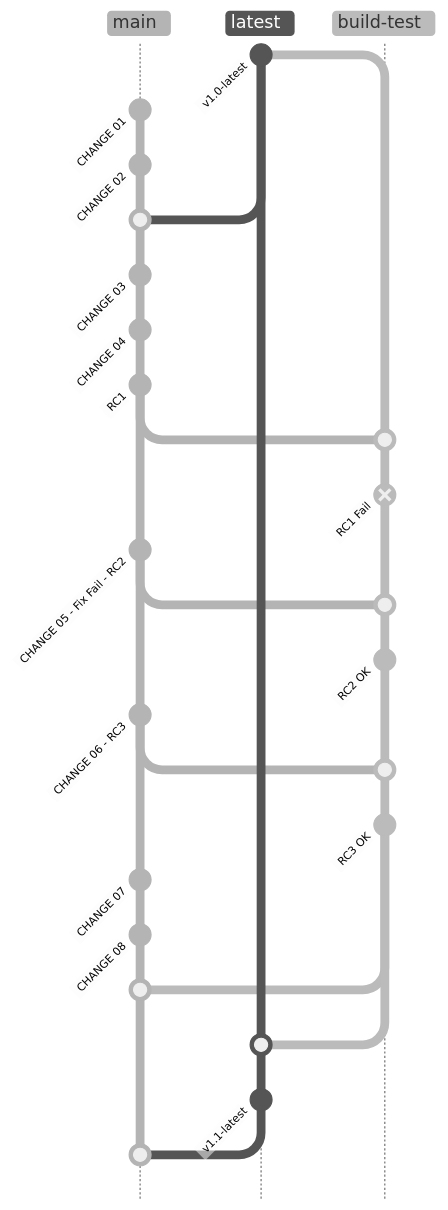
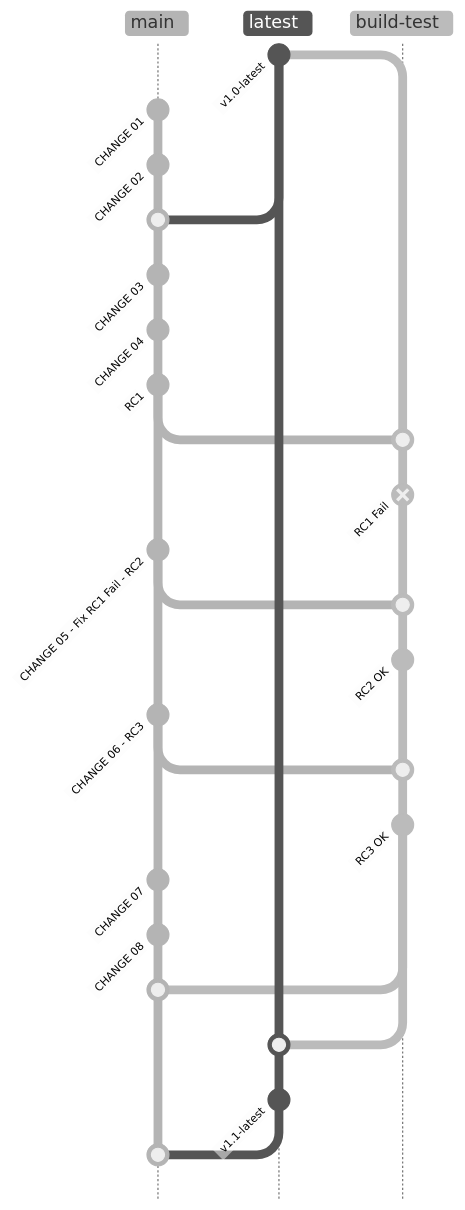
One commit to luizgsbraz/kroki-client-docker changed the diagram in README.md. Above: the diagram before and after it, drawn with Mermaid (neutral theme).

````diff
--- a/README.md
+++ b/README.md
@@ -13,37 +13,37 @@
 ```mermaid
 gitGraph TB:
     branch latest
     checkout latest
     commit id: "v1.0-latest"
     branch build-test
     checkout build-test
     checkout main
     commit id: "CHANGE 01"
     commit id: "CHANGE 02"  
     merge latest
     commit id: "CHANGE 03"
     commit id: "CHANGE 04"        
     commit id: "RC1"
     checkout build-test
     merge main
     commit type:REVERSE id: "RC1 Fail"
     checkout main
-    commit id: "CHANGE 05 - Fix Fail - RC2"
+    commit id: "CHANGE 05 - Fix RC1 Fail - RC2"
     checkout build-test
     merge main
     commit id: "RC2 OK"
     checkout main
     commit id: "CHANGE 06 - RC3"        
     checkout build-test
     merge main
     commit id: "RC3 OK"
     checkout main
     commit id: "CHANGE 07"        
     commit id: "CHANGE 08"            
     merge build-test
     checkout latest
     merge build-test
     commit id: "v1.1-latest"
     checkout main
     merge latest
 ```
````
